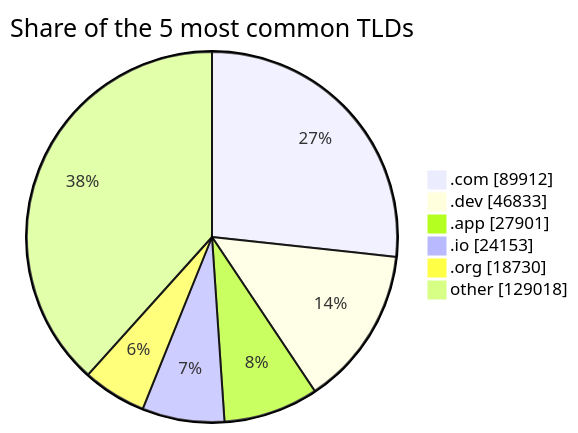
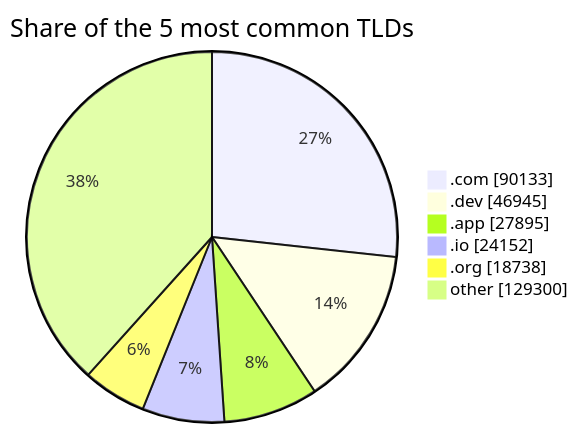
The third of 3 diagrams in README.md (DNSBunker/CTI), drawn with Mermaid before and after one commit. The commit also changed other lines of this file and 3 other files, not shown here.

````diff
--- a/README.md
+++ b/README.md
@@ -81,9 +81,9 @@
 ```mermaid
 pie showData title Share of the 5 most common TLDs
-    ".com" : 89912
-    ".dev" : 46833
-    ".app" : 27901
-    ".io" : 24153
-    ".org" : 18730
-    "other" : 129018
+    ".com" : 90133
+    ".dev" : 46945
+    ".app" : 27895
+    ".io" : 24152
+    ".org" : 18738
+    "other" : 129300
 ```
````
